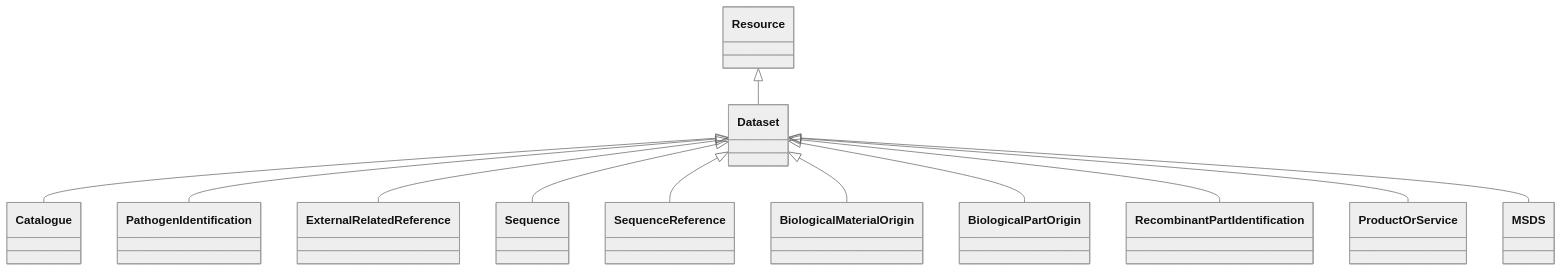
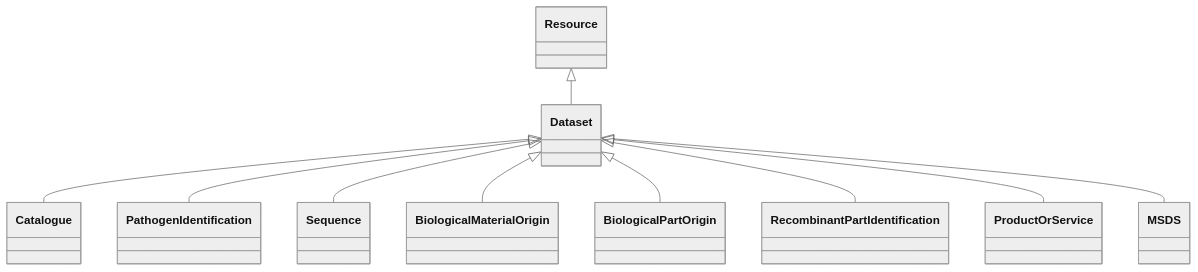
The diagram in models/docs/Dataset.md (EVORA-project/evora-ontology), drawn with Mermaid (neutral theme) before and after one commit. The commit also changed other lines of this file and 166 other files, not shown here.

````diff
--- a/models/docs/Dataset.md
+++ b/models/docs/Dataset.md
@@ -21,32 +21,28 @@
 ```mermaid
  classDiagram
     class Dataset
     click Dataset href "../Dataset"
       Resource <|-- Dataset
         click Resource href "../Resource"
       
 
       Dataset <|-- Catalogue
         click Catalogue href "../Catalogue"
       Dataset <|-- PathogenIdentification
         click PathogenIdentification href "../PathogenIdentification"
-      Dataset <|-- ExternalRelatedReference
-        click ExternalRelatedReference href "../ExternalRelatedReference"
       Dataset <|-- Sequence
         click Sequence href "../Sequence"
-      Dataset <|-- SequenceReference
-        click SequenceReference href "../SequenceReference"
       Dataset <|-- BiologicalMaterialOrigin
         click BiologicalMaterialOrigin href "../BiologicalMaterialOrigin"
       Dataset <|-- BiologicalPartOrigin
         click BiologicalPartOrigin href "../BiologicalPartOrigin"
       Dataset <|-- RecombinantPartIdentification
         click RecombinantPartIdentification href "../RecombinantPartIdentification"
       Dataset <|-- ProductOrService
         click ProductOrService href "../ProductOrService"
       Dataset <|-- MSDS
         click MSDS href "../MSDS"
       
       
       
 ```
````
